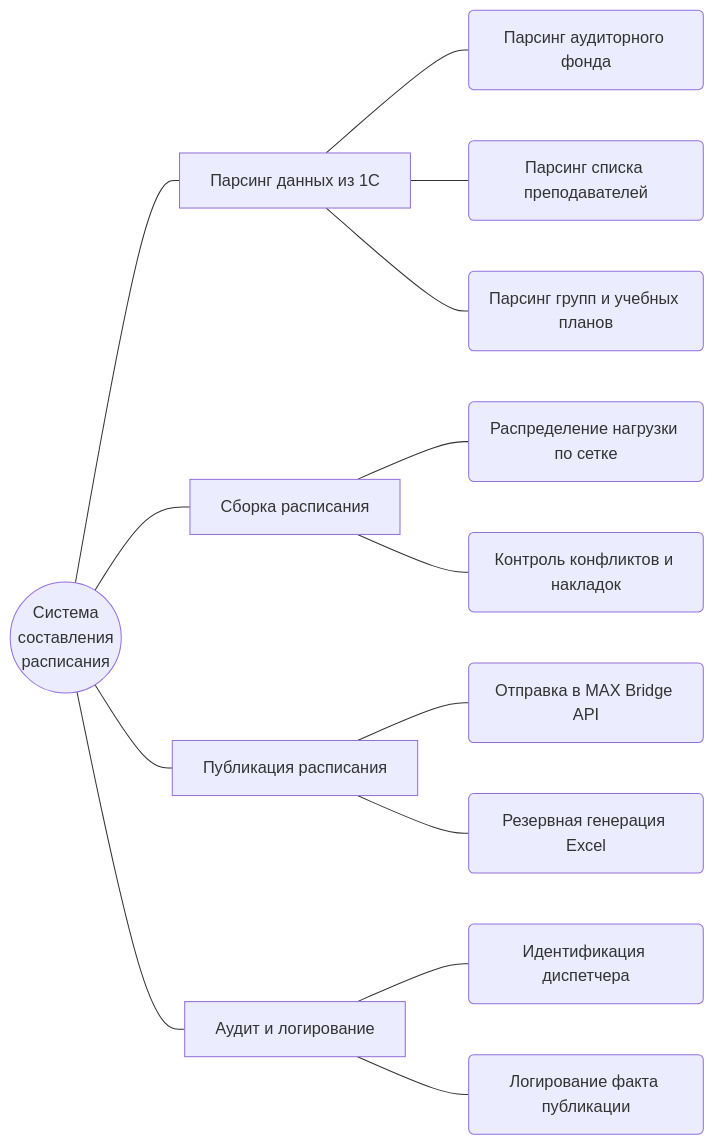
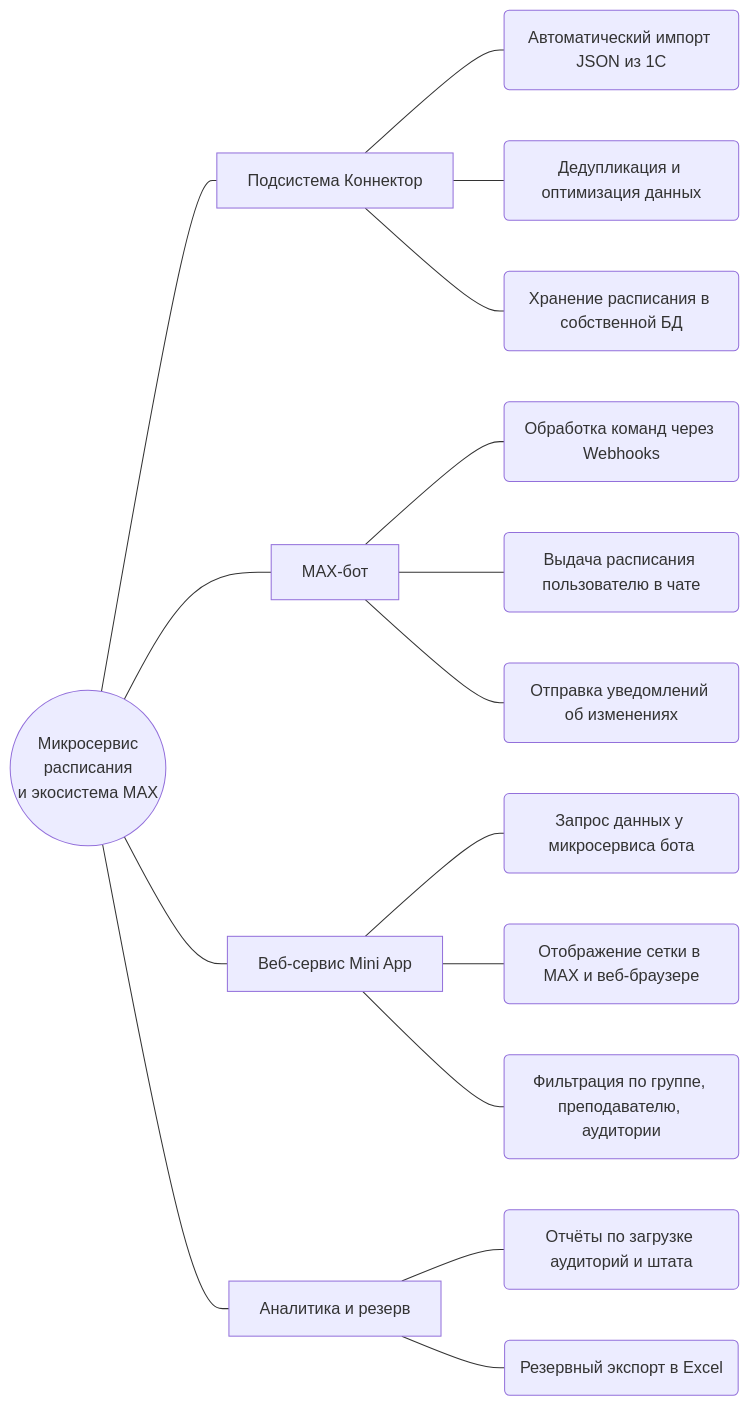
The diagram in variants/01-Расписание/case_concept.md (PercyJacks0n/req_lab1), drawn with Mermaid before and after one commit. The commit also changed other lines of this file, not shown here.

Commit message:
fix: исправлено дерево функций на импорт JSON коннектором, работу MAX-бота и Mini App

````diff
--- a/variants/01-Расписание/case_concept.md
+++ b/variants/01-Расписание/case_concept.md
@@ -93,21 +95,23 @@
 ```mermaid
 graph LR
-  Root((Система<br>составления<br>расписания))
+  Root((Микросервис<br>расписания<br>и экосистема MAX))
 
-  Root --- G1[Парсинг данных из 1С]
-  G1 --- F1_1(Парсинг аудиторного фонда)
-  G1 --- F1_2(Парсинг списка преподавателей)
-  G1 --- F1_3(Парсинг групп и учебных планов)
+  Root --- G1[Подсистема Коннектор]
+  G1 --- F1_1(Автоматический импорт JSON из 1С)
+  G1 --- F1_2(Дедупликация и оптимизация данных)
+  G1 --- F1_3(Хранение расписания в собственной БД)
 
-  Root --- G2[Сборка расписания]
-  G2 --- F2_1(Распределение нагрузки по сетке)
-  G2 --- F2_2(Контроль конфликтов и накладок)
+  Root --- G2[MAX-бот]
+  G2 --- F2_1(Обработка команд через Webhooks)
+  G2 --- F2_2(Выдача расписания пользователю в чате)
+  G2 --- F2_3(Отправка уведомлений об изменениях)
 
-  Root --- G3[Публикация расписания]
-  G3 --- F3_1(Отправка в MAX Bridge API)
-  G3 --- F3_2(Резервная генерация Excel)
+  Root --- G3[Веб-сервис Mini App]
+  G3 --- F3_1(Запрос данных у микросервиса бота)
+  G3 --- F3_2(Отображение сетки в MAX и веб-браузере)
+  G3 --- F3_3(Фильтрация по группе, преподавателю, аудитории)
 
-  Root --- G4[Аудит и логирование]
-  G4 --- F4_1(Идентификация диспетчера)
-  G4 --- F4_2(Логирование факта публикации)
+  Root --- G4[Аналитика и резерв]
+  G4 --- F4_1(Отчёты по загрузке аудиторий и штата)
+  G4 --- F4_2(Резервный экспорт в Excel)
 ```
````
